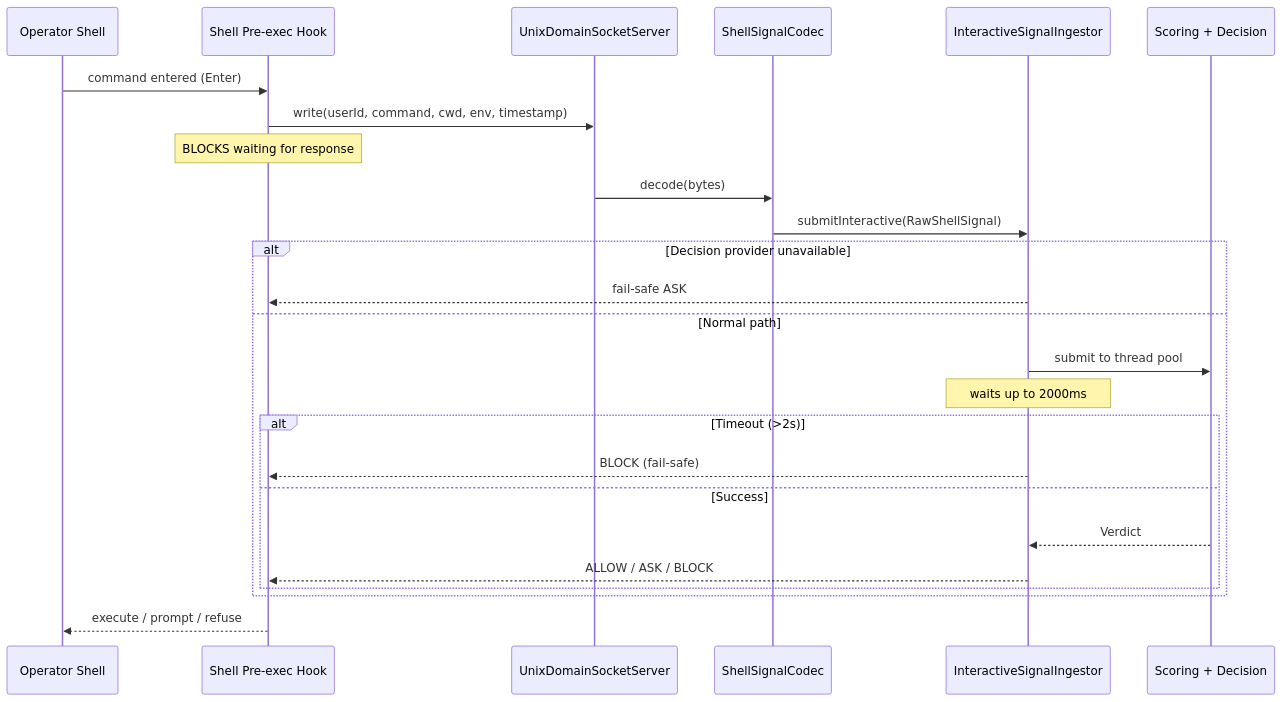
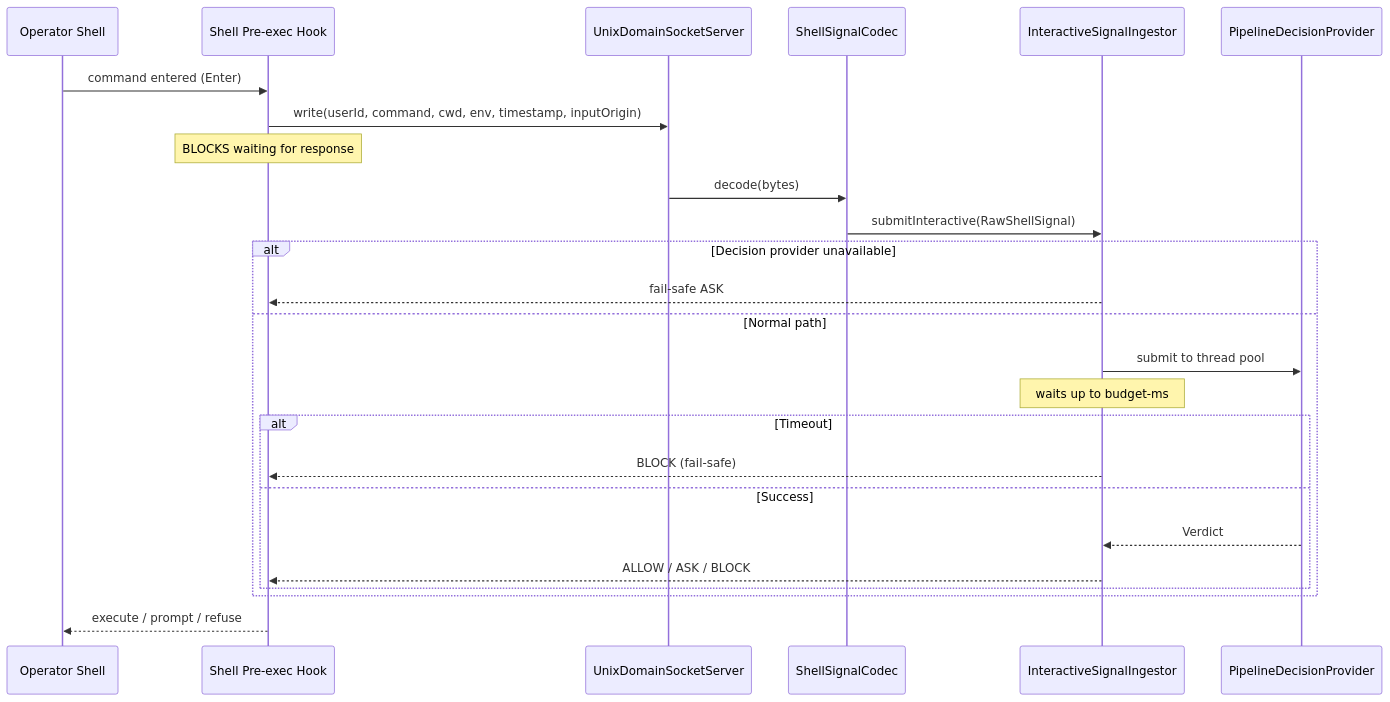
One commit to rachitGupta-ai/IntentGuard changed the third of 26 diagrams in docs/product-design-and-execution-flow.md. Above: the diagram before and after it, drawn with Mermaid. The commit also changed other lines of this file and 29 other files, not shown here.

````diff
--- a/docs/product-design-and-execution-flow.md
+++ b/docs/product-design-and-execution-flow.md
@@ -110,32 +142,32 @@
 ```mermaid
 sequenceDiagram
     participant Op as Operator Shell
     participant Hook as Shell Pre-exec Hook
     participant Sock as UnixDomainSocketServer
     participant Codec as ShellSignalCodec
     participant Ingest as InteractiveSignalIngestor
-    participant Pipeline as Scoring + Decision
+    participant Pipeline as PipelineDecisionProvider
 
     Op->>Hook: command entered (Enter)
-    Hook->>Sock: write(userId, command, cwd, env, timestamp)
+    Hook->>Sock: write(userId, command, cwd, env, timestamp, inputOrigin)
     Note over Hook: BLOCKS waiting for response
 
     Sock->>Codec: decode(bytes)
     Codec->>Ingest: submitInteractive(RawShellSignal)
 
     alt Decision provider unavailable
         Ingest-->>Hook: fail-safe ASK
     else Normal path
         Ingest->>Pipeline: submit to thread pool
-        Note over Ingest: waits up to 2000ms
+        Note over Ingest: waits up to budget-ms
 
-        alt Timeout (>2s)
+        alt Timeout
             Ingest-->>Hook: BLOCK (fail-safe)
         else Success
             Pipeline-->>Ingest: Verdict
             Ingest-->>Hook: ALLOW / ASK / BLOCK
         end
     end
 
     Hook-->>Op: execute / prompt / refuse
 ```
````
